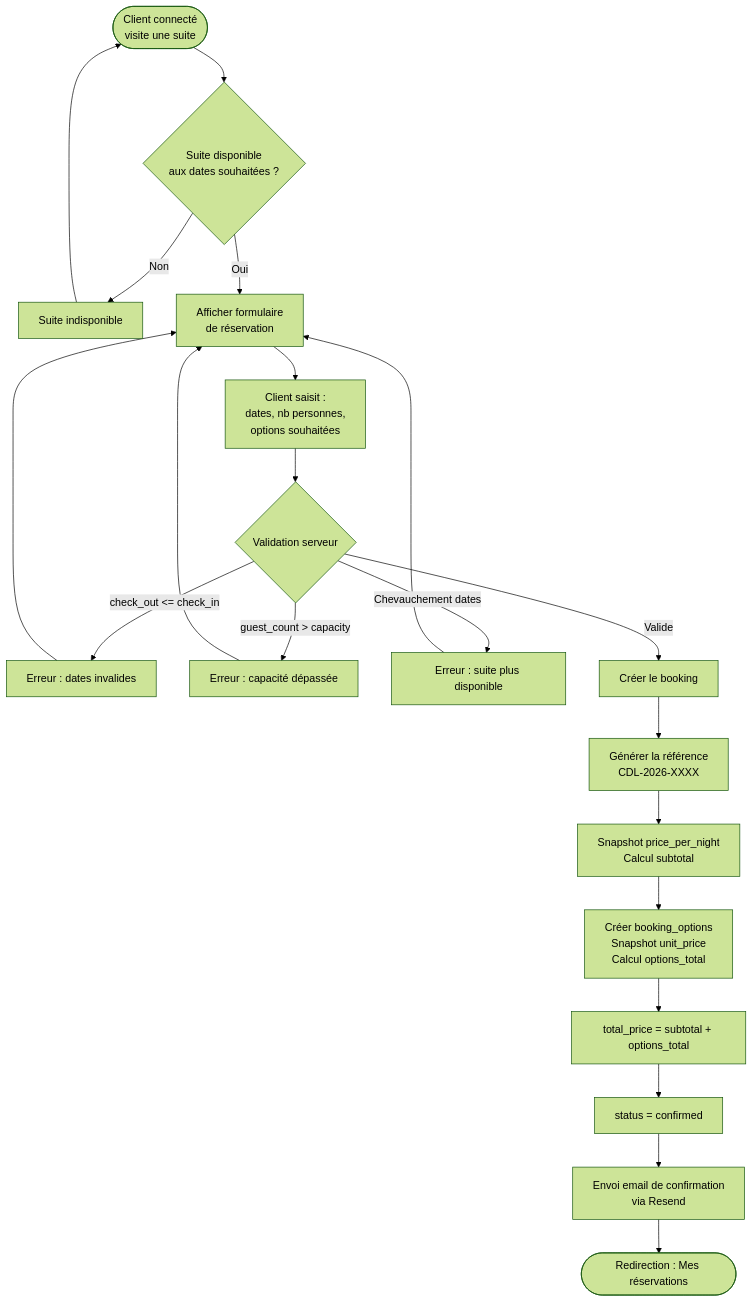
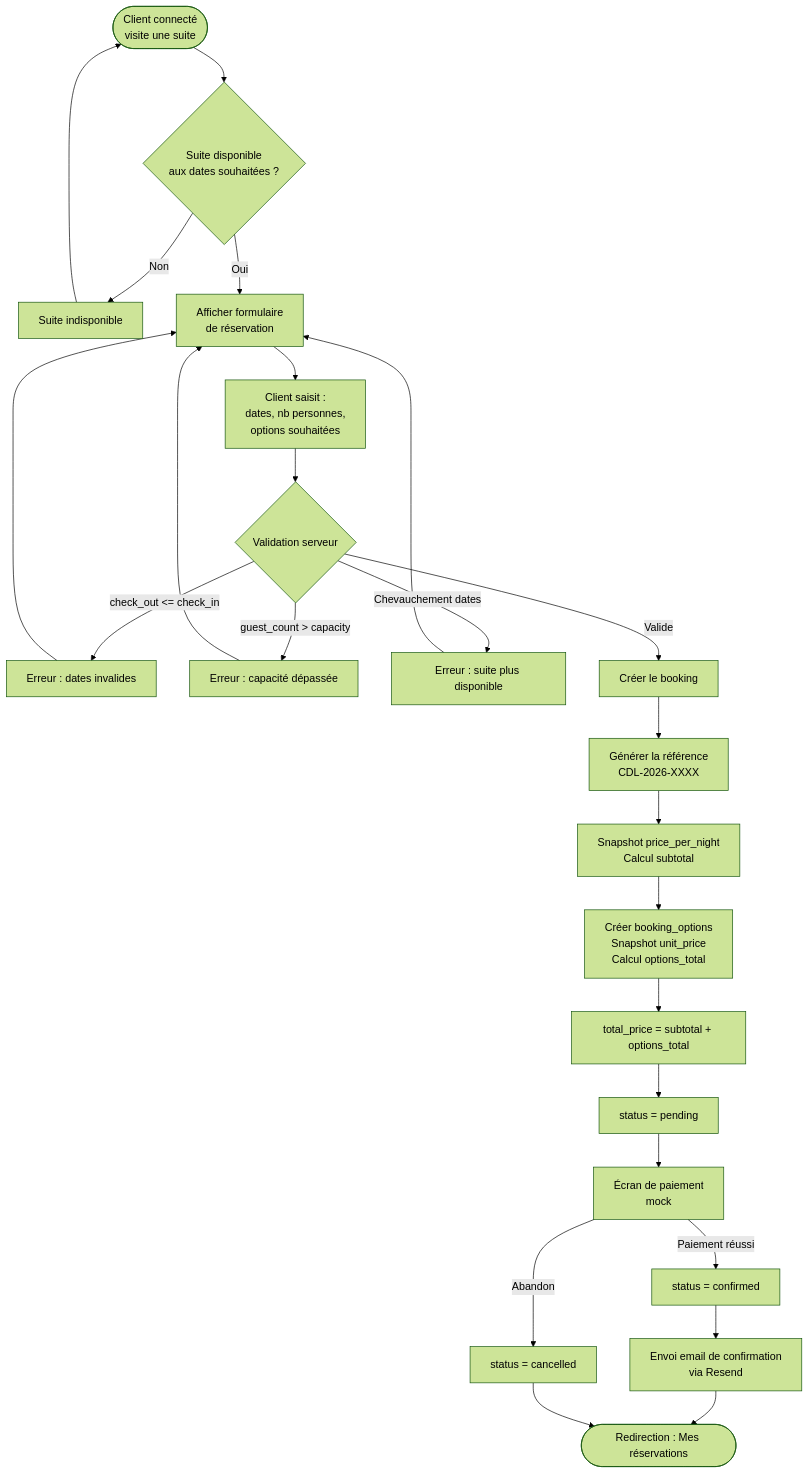
One commit to SIMPLON-DIST-CDA-260316/hotel-ab-jl-tt changed the fourth of 4 diagrams in docs/uml.md. Above: the diagram before and after it, drawn with Mermaid (forest theme). The commit also changed other lines of this file and 2 other files, not shown here.

First line of the commit message:
docs+feat: add pending status to booking flow with mock payment step

````diff
--- a/docs/uml.md
+++ b/docs/uml.md
@@ -270,29 +279,33 @@
 ```mermaid
 flowchart TD
     A([Client connecté<br/>visite une suite]) --> B{Suite disponible<br/>aux dates souhaitées ?}
 
     B -->|Non| C[Suite indisponible]
     C --> A
 
     B -->|Oui| D[Afficher formulaire<br/>de réservation]
     D --> E[Client saisit :<br/>dates, nb personnes,<br/>options souhaitées]
     E --> F{Validation serveur}
 
     F -->|check_out <= check_in| G[Erreur : dates invalides]
     G --> D
 
     F -->|guest_count > capacity| H[Erreur : capacité dépassée]
     H --> D
 
     F -->|Chevauchement dates| I[Erreur : suite plus disponible]
     I --> D
 
     F -->|Valide| J[Créer le booking]
     J --> K[Générer la référence<br/>CDL-2026-XXXX]
     K --> L[Snapshot price_per_night<br/>Calcul subtotal]
     L --> L2[Créer booking_options<br/>Snapshot unit_price<br/>Calcul options_total]
     L2 --> L3[total_price = subtotal + options_total]
-    L3 --> M[status = confirmed]
-    M --> M2[Envoi email de confirmation<br/>via Resend]
-    M2 --> N([Redirection : Mes réservations])
+    L3 --> M[status = pending]
+    M --> P[Écran de paiement<br/>mock]
+    P -->|Paiement réussi| Q[status = confirmed]
+    P -->|Abandon| R[status = cancelled]
+    Q --> Q2[Envoi email de confirmation<br/>via Resend]
+    Q2 --> N([Redirection : Mes réservations])
+    R --> N
 ```
````
